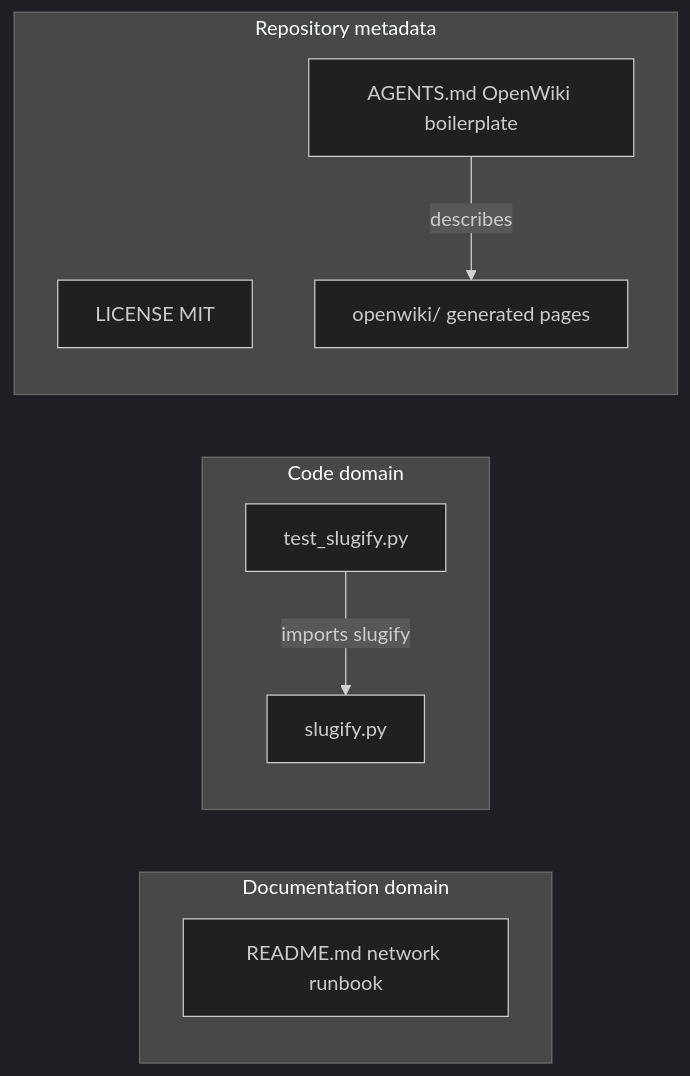
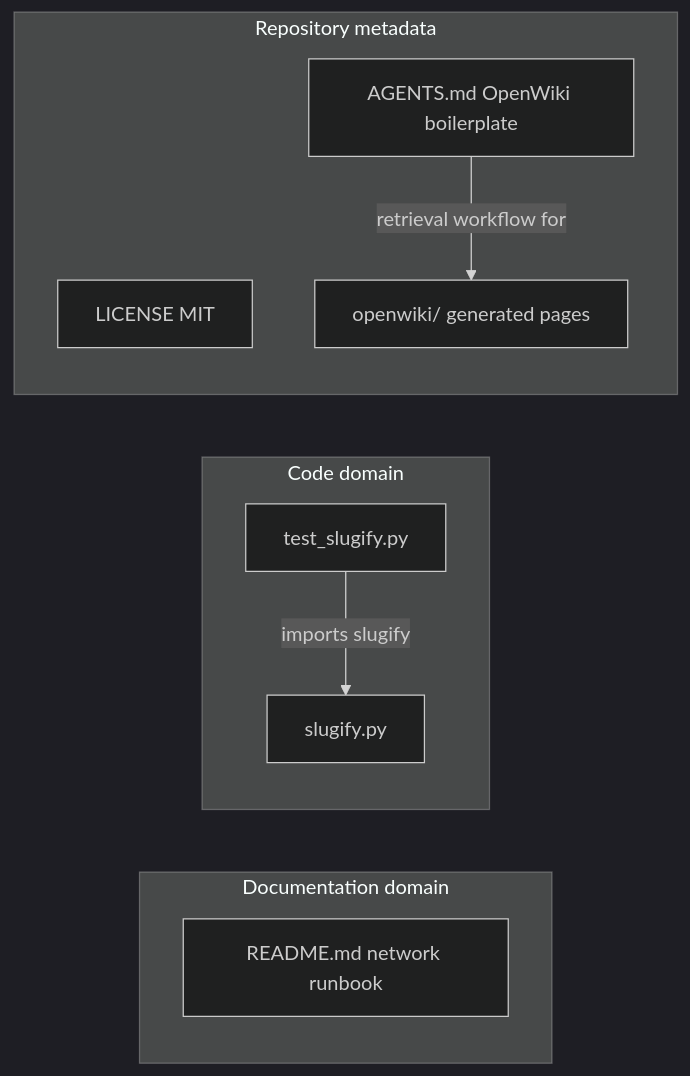
Before and after one commit to ulbi/fritzbox-dvbc-opnsense: the diagram in openwiki/architecture/repository-layout.md, drawn with Mermaid (dark theme). The commit also changed other lines of this file and 11 other files, not shown here.

````diff
--- a/openwiki/architecture/repository-layout.md
+++ b/openwiki/architecture/repository-layout.md
@@ -45,17 +45,17 @@
 ```mermaid
 flowchart LR
     subgraph DOCS["Documentation domain"]
         README["README.md network runbook"]
     end
     subgraph CODE["Code domain"]
         SLUGIFY["slugify.py"]
         TESTS["test_slugify.py"]
     end
     subgraph META["Repository metadata"]
         LICENSE["LICENSE MIT"]
         AGENTSMD["AGENTS.md OpenWiki boilerplate"]
         WIKI["openwiki/ generated pages"]
     end
     TESTS -- "imports slugify" --> SLUGIFY
-    AGENTSMD -- "describes" --> WIKI
+    AGENTSMD -- "retrieval workflow for" --> WIKI
 ```
````
